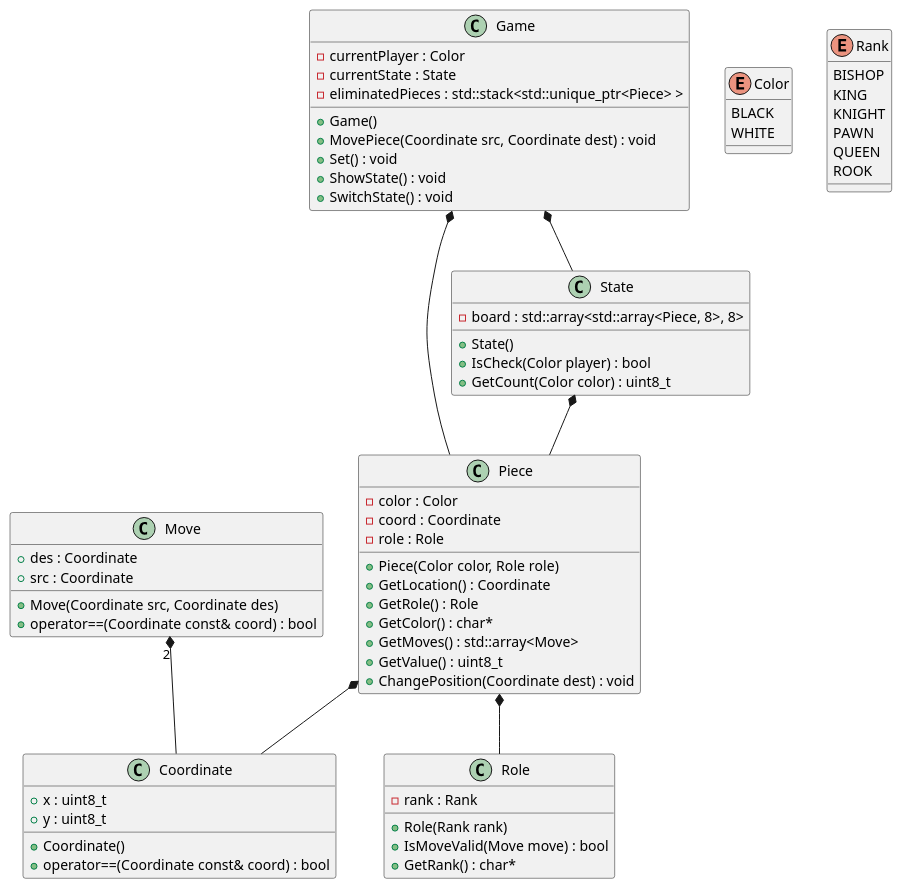
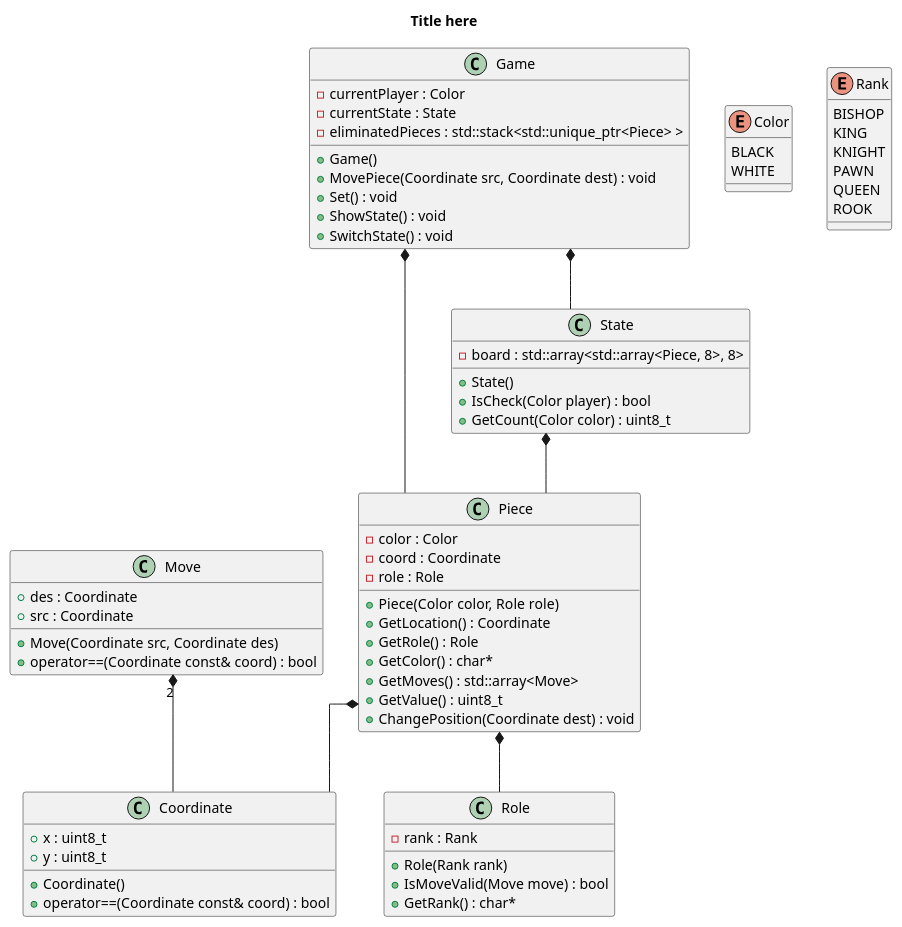
One commit to polcats/CppUMLUtility changed the diagram in output.puml. Above: the diagram before and after it, drawn with PlantUML. The commit also changed 3 other files, not shown here.

```diff
--- a/output.puml
+++ b/output.puml
@@ -1,114 +1,116 @@
 @startuml
 
 
+title "Title here"
+skinparam linetype ortho
 
 
 
 /' Objects '/
 
 class Coordinate {
 	+Coordinate()
 	+operator==(Coordinate const& coord) : bool
 	+x : uint8_t
 	+y : uint8_t
 }
 
 
 class Game {
 	+Game()
 	-currentPlayer : Color
 	-currentState : State
 	-eliminatedPieces : std::stack<std::unique_ptr<Piece> >
 	+MovePiece(Coordinate src, Coordinate dest) : void
 	+Set() : void
 	+ShowState() : void
 	+SwitchState() : void
 }
 
 
 class Move {
 	+Move(Coordinate src, Coordinate des)
 	+des : Coordinate
 	+src : Coordinate
 	+operator==(Coordinate const& coord) : bool
 }
 
 
 class Piece {
 	+Piece(Color color, Role role)
 	-color : Color
 	+GetLocation() : Coordinate
 	-coord : Coordinate
 	+GetRole() : Role
 	-role : Role
 	+GetColor() : char*
 	+GetMoves() : std::array<Move>
 	+GetValue() : uint8_t
 	+ChangePosition(Coordinate dest) : void
 }
 
 
 class Role {
 	+Role(Rank rank)
 	-rank : Rank
 	+IsMoveValid(Move move) : bool
 	+GetRank() : char*
 }
 
 
 class State {
 	+State()
 	+IsCheck(Color player) : bool
 	-board : std::array<std::array<Piece, 8>, 8>
 	+GetCount(Color color) : uint8_t
 }
 
 
 enum Color {
 	BLACK
 	WHITE
 }
 
 
 enum Rank {
 	BISHOP
 	KING
 	KNIGHT
 	PAWN
 	QUEEN
 	ROOK
 }
 
 
 
 
 
 /' Inheritance relationships '/
 
 
 
 
 /' Aggregation relationships '/
 
 Game *-- Piece
 
 
 Game *-- State
 
 
 Move "2" *-- Coordinate
 
 
 Piece *-- Coordinate
 
 
 Piece *-- Role
 
 
 State *-- Piece
 
 
 
 
 
 @enduml
```
